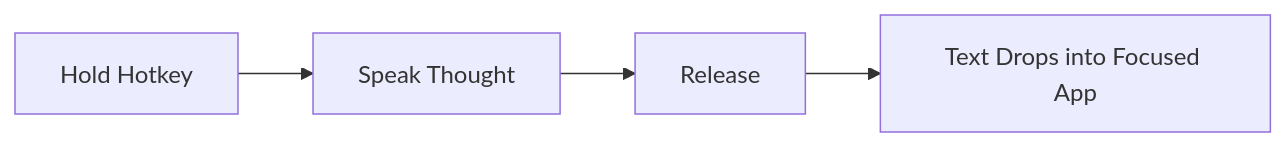
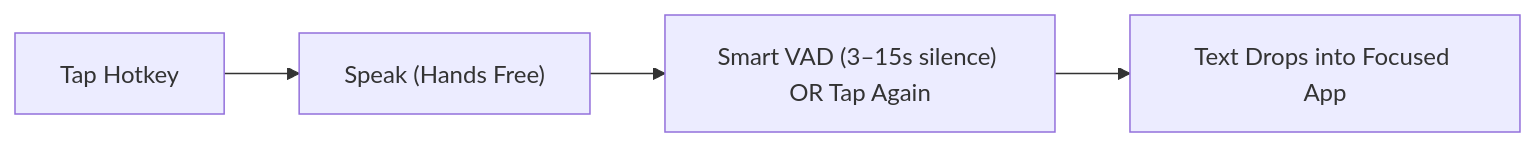
Before and after one commit to AVP-Dev/avpdev.com: the diagram in src/content/blog/en/nyx-vox-ai-voice-interface.md, drawn with Mermaid. The commit also changed other lines of this file and 1 other file, not shown here.

Commit message:
fix(blog): update Nyx Vox interaction model to tap and Smart VAD

````diff
--- a/src/content/blog/en/nyx-vox-ai-voice-interface.md
+++ b/src/content/blog/en/nyx-vox-ai-voice-interface.md
@@ -36,6 +36,6 @@
 ```mermaid
 graph LR
-    A["Hold Hotkey"] --> B["Speak Thought"]
-    B --> C["Release"]
+    A["Tap Hotkey"] --> B["Speak (Hands Free)"]
+    B --> C["Smart VAD (3–15s silence) OR Tap Again"]
     C --> D["Text Drops into Focused App"]
 ```
````
